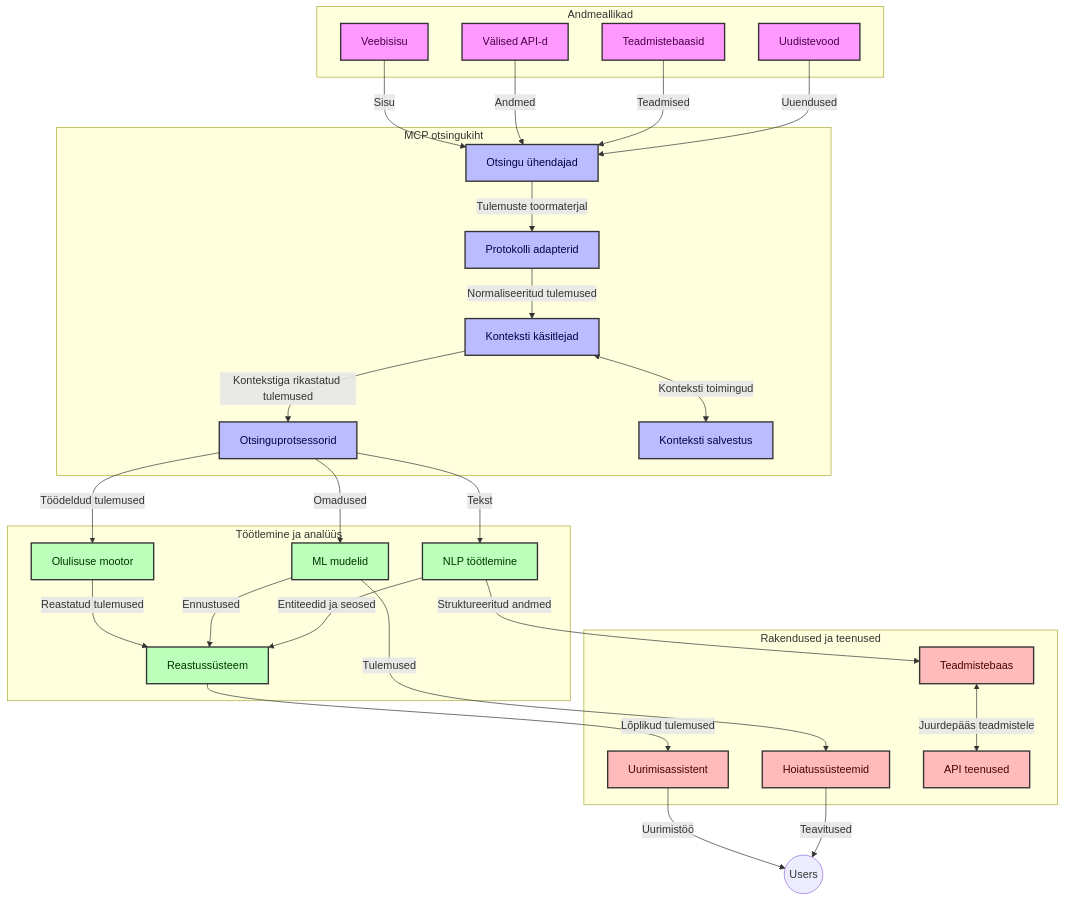
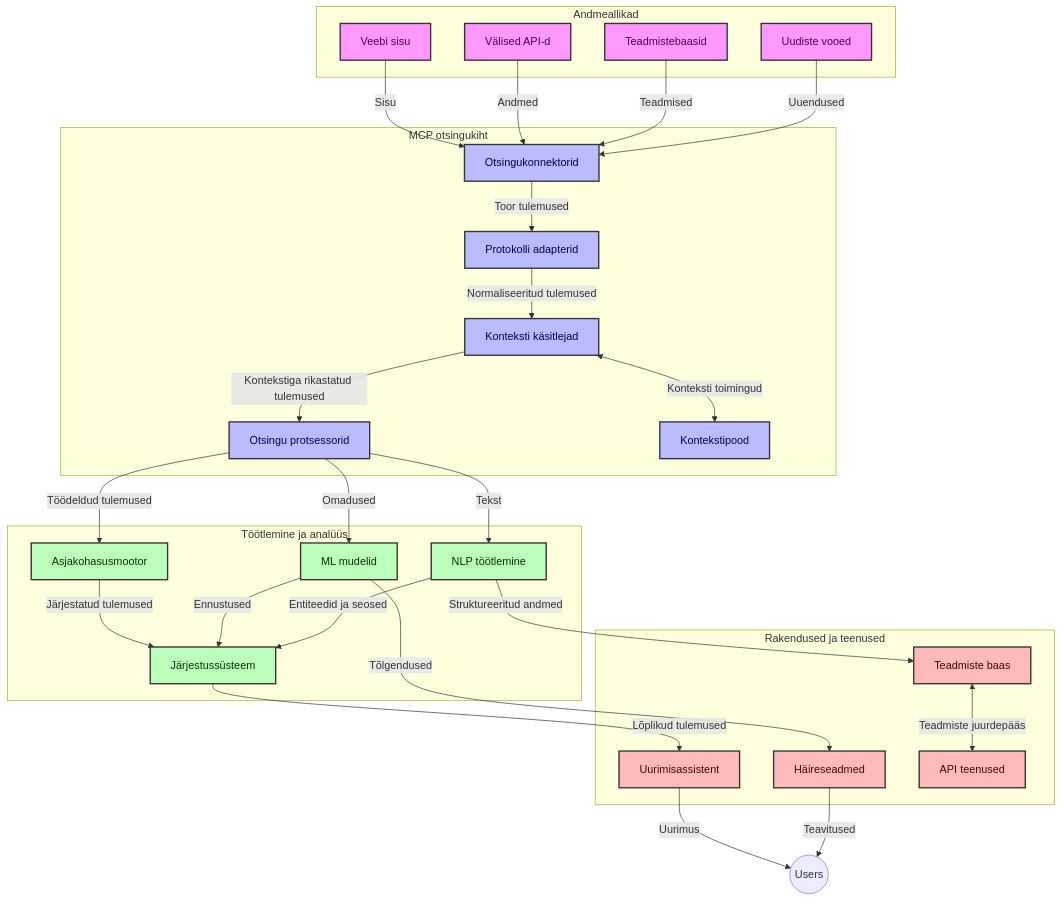
Before and after one commit to microsoft/mcp-for-beginners: the first of 4 diagrams in translations/et/05-AdvancedTopics/mcp-realtimesearch/README.md, drawn with Mermaid. The commit also changed other lines of this file and 138 other files, not shown here.

````diff
--- a/translations/et/05-AdvancedTopics/mcp-realtimesearch/README.md
+++ b/translations/et/05-AdvancedTopics/mcp-realtimesearch/README.md
@@ -109,66 +109,66 @@
 ```mermaid
 graph TD
     subgraph "Andmeallikad"
-        Web[Veebisisu]
+        Web[Veebi sisu]
         APIs[Välised API-d]
         DB[Teadmistebaasid]
-        News[Uudistevood]
+        News[Uudiste vooed]
     end
 
     subgraph "MCP otsingukiht"
-        SC[Otsingu ühendajad]
+        SC[Otsingukonnektorid]
         PA[Protokolli adapterid]
         CH[Konteksti käsitlejad]
-        SP[Otsinguprotsessorid]
-        CS[Konteksti salvestus]
+        SP[Otsingu protsessorid]
+        CS[Kontekstipood]
     end
 
     subgraph "Töötlemine ja analüüs"
-        RE[Olulisuse mootor]
+        RE[Asjakohasusmootor]
         ML[ML mudelid]
         NLP[NLP töötlemine]
-        Rank[Reastussüsteem]
+        Rank[Järjestussüsteem]
     end
 
     subgraph "Rakendused ja teenused"
         RA[Uurimisassistent]
-        Alerts[Hoiatussüsteemid]
-        KB[Teadmistebaas]
+        Alerts[Häireseadmed]
+        KB[Teadmiste baas]
         API[API teenused]
     end
 
     Web -->|Sisu| SC
     APIs -->|Andmed| SC
     DB -->|Teadmised| SC
     News -->|Uuendused| SC
     
-    SC -->|Tulemuste toormaterjal| PA
+    SC -->|Toor tulemused| PA
     PA -->|Normaliseeritud tulemused| CH
     CH <-->|Konteksti toimingud| CS
     CH -->|Kontekstiga rikastatud tulemused| SP
     SP -->|Töödeldud tulemused| RE
     SP -->|Omadused| ML
     SP -->|Tekst| NLP
     
-    RE -->|Reastatud tulemused| Rank
+    RE -->|Järjestatud tulemused| Rank
     ML -->|Ennustused| Rank
     NLP -->|Entiteedid ja seosed| Rank
     
     Rank -->|Lõplikud tulemused| RA
-    ML -->|Tulemused| Alerts
+    ML -->|Tõlgendused| Alerts
     NLP -->|Struktureeritud andmed| KB
     
-    RA -->|Uurimistöö| Users((Users))
+    RA -->|Uurimus| Users((Users))
     Alerts -->|Teavitused| Users
-    KB <-->|Juurdepääs teadmistele| API
+    KB <-->|Teadmiste juurdepääs| API
 
     classDef sources fill:#f9f,stroke:#333,stroke-width:2px,color:#4a004a
     classDef mcp fill:#bbf,stroke:#333,stroke-width:2px,color:#00004a
     classDef processing fill:#bfb,stroke:#333,stroke-width:2px,color:#003300
     classDef apps fill:#fbb,stroke:#333,stroke-width:2px,color:#4a0000
     
     class Web,APIs,DB,News sources
     class SC,PA,CH,SP,CS mcp
     class RE,ML,NLP,Rank processing
     class RA,Alerts,KB,API apps
 ```
````
